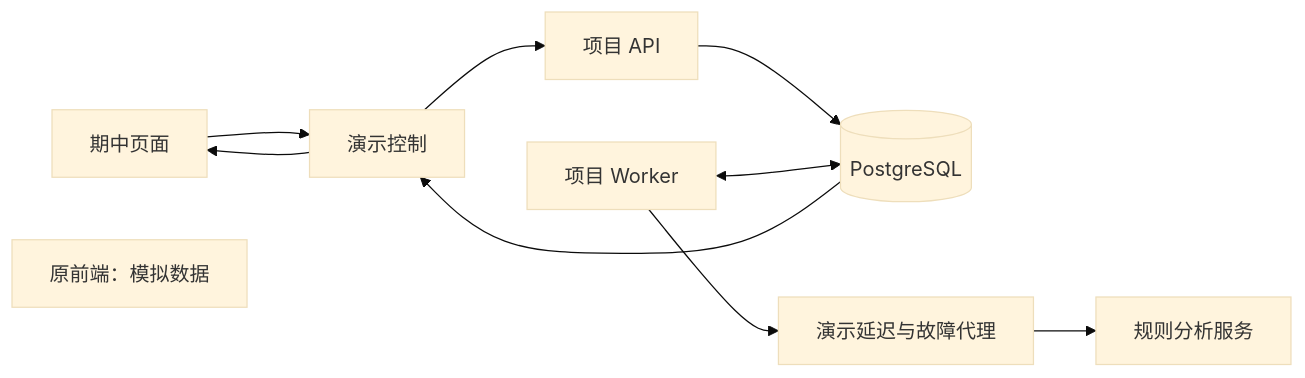
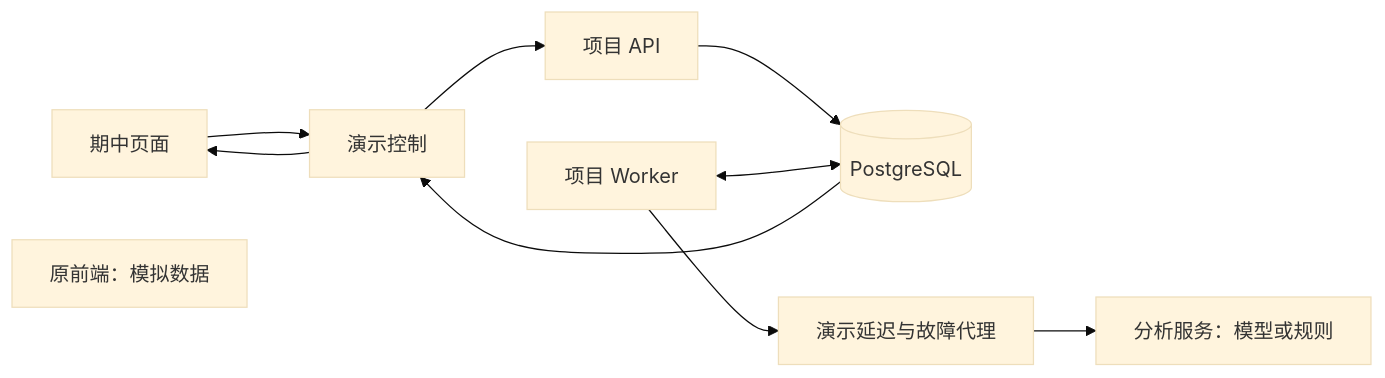
One commit to Fei-stack-wq/maie6000c-PRI changed the fourth of 6 diagrams in docs/architecture.md. Above: the diagram before and after it, drawn with Mermaid (base theme). The commit also changed other lines of this file and 12 other files, not shown here.

````diff
--- a/docs/architecture.md
+++ b/docs/architecture.md
@@ -146,12 +164,12 @@
 ```mermaid
 flowchart LR
     Page[期中页面] --> Presenter[演示控制]
     Presenter --> API[项目 API]
     API --> DB[(PostgreSQL)]
     Worker[项目 Worker] <--> DB
     Worker --> Proxy[演示延迟与故障代理]
-    Proxy --> AI[规则分析服务]
+    Proxy --> AI[分析服务：模型或规则]
     DB --> Presenter
     Presenter --> Page
     Original[原前端：模拟数据]
 ```
````
